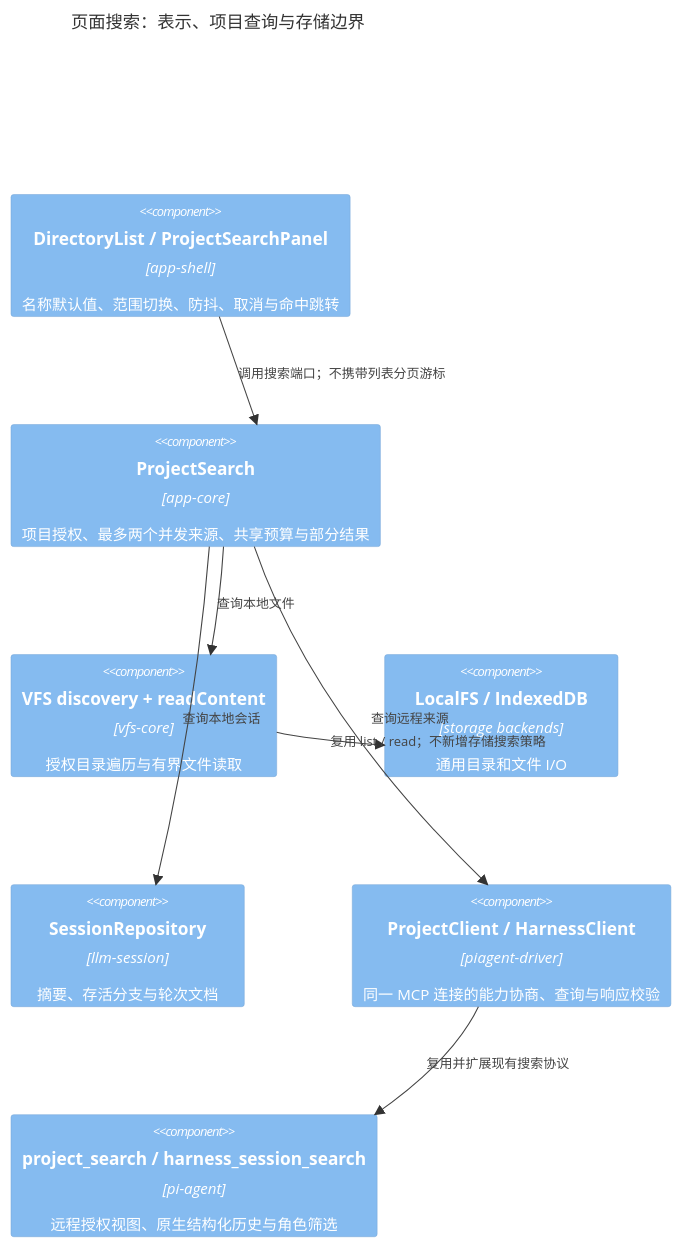
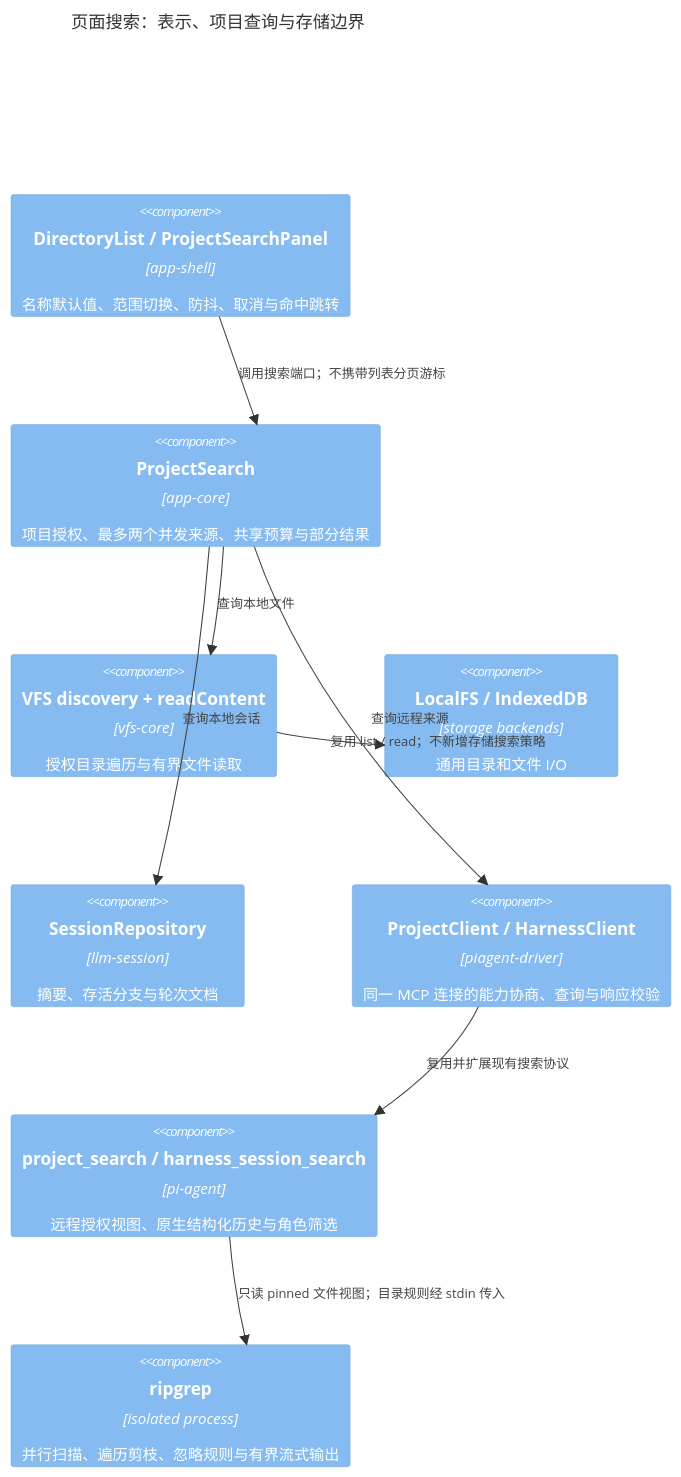
The fourth of 5 diagrams in doc/design/vfs-session-browser.md (mushuanli/NestOS), drawn with Mermaid before and after one commit. The commit also changed other lines of this file, not shown here.

Commit message:
perf(search): delegate directory pruning to the native scanner

````diff
--- a/doc/design/vfs-session-browser.md
+++ b/doc/design/vfs-session-browser.md
@@ -397,17 +399,19 @@
 ```mermaid
 C4Component
   title 页面搜索：表示、项目查询与存储边界
   Component(page, "DirectoryList / ProjectSearchPanel", "app-shell", "名称默认值、范围切换、防抖、取消与命中跳转")
   Component(query, "ProjectSearch", "app-core", "项目授权、最多两个并发来源、共享预算与部分结果")
   Component(files, "VFS discovery + readContent", "vfs-core", "授权目录遍历与有界文件读取")
   Component(store, "LocalFS / IndexedDB", "storage backends", "通用目录和文件 I/O")
   Component(sessions, "SessionRepository", "llm-session", "摘要、存活分支与轮次文档")
   Component(driver, "ProjectClient / HarnessClient", "piagent-driver", "同一 MCP 连接的能力协商、查询与响应校验")
   Component(remote, "project_search / harness_session_search", "pi-agent", "远程授权视图、原生结构化历史与角色筛选")
+  Component(rg, "ripgrep", "isolated process", "并行扫描、遍历剪枝、忽略规则与有界流式输出")
   Rel(page, query, "调用搜索端口；不携带列表分页游标")
   Rel(query, files, "查询本地文件")
   Rel(files, store, "复用 list / read；不新增存储搜索策略")
   Rel(query, sessions, "查询本地会话")
   Rel(query, driver, "查询远程来源")
   Rel(driver, remote, "复用并扩展现有搜索协议")
+  Rel(remote, rg, "只读 pinned 文件视图；目录规则经 stdin 传入")
 ```
````
